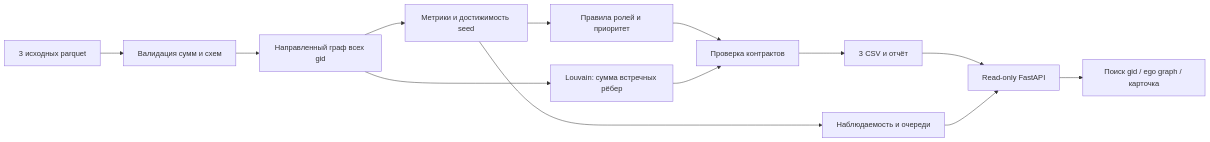
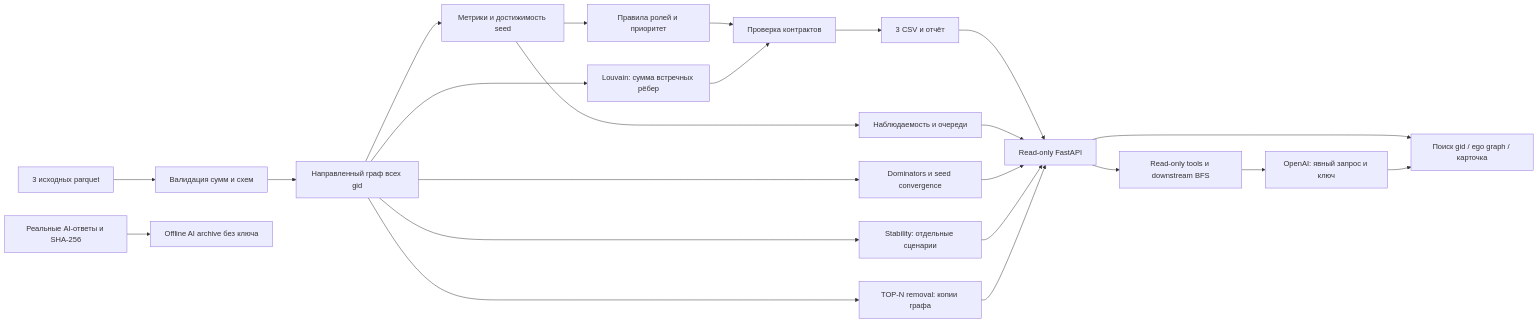
Before and after one commit to BAITC-Hacks/hack-c41412b2-unru-ai: the diagram in README.md, drawn with Mermaid. The commit also changed other lines of this file and 10 other files, not shown here.

````diff
--- a/README.md
+++ b/README.md
@@ -228,15 +230,25 @@
 ```mermaid
 flowchart LR
   A[3 исходных parquet] --> B[Валидация сумм и схем]
   B --> C[Направленный граф всех gid]
   C --> D[Метрики и достижимость seed]
   D --> E[Правила ролей и приоритет]
   C --> F[Louvain: сумма встречных рёбер]
   E --> G[Проверка контрактов]
   F --> G
   G --> H[3 CSV и отчёт]
   H --> I[Read-only FastAPI]
   D --> J[Наблюдаемость и очереди]
   J --> I
   I --> K[Поиск gid / ego graph / карточка]
+  C --> L[Dominators и seed convergence]
+  L --> I
+  C --> M[Stability: отдельные сценарии]
+  C --> N[TOP-N removal: копии графа]
+  M --> I
+  N --> I
+  I --> O[Read-only tools и downstream BFS]
+  O --> P[OpenAI: явный запрос и ключ]
+  P --> K
+  Q[Реальные AI-ответы и SHA-256] --> R[Offline AI archive без ключа]
 ```
````
